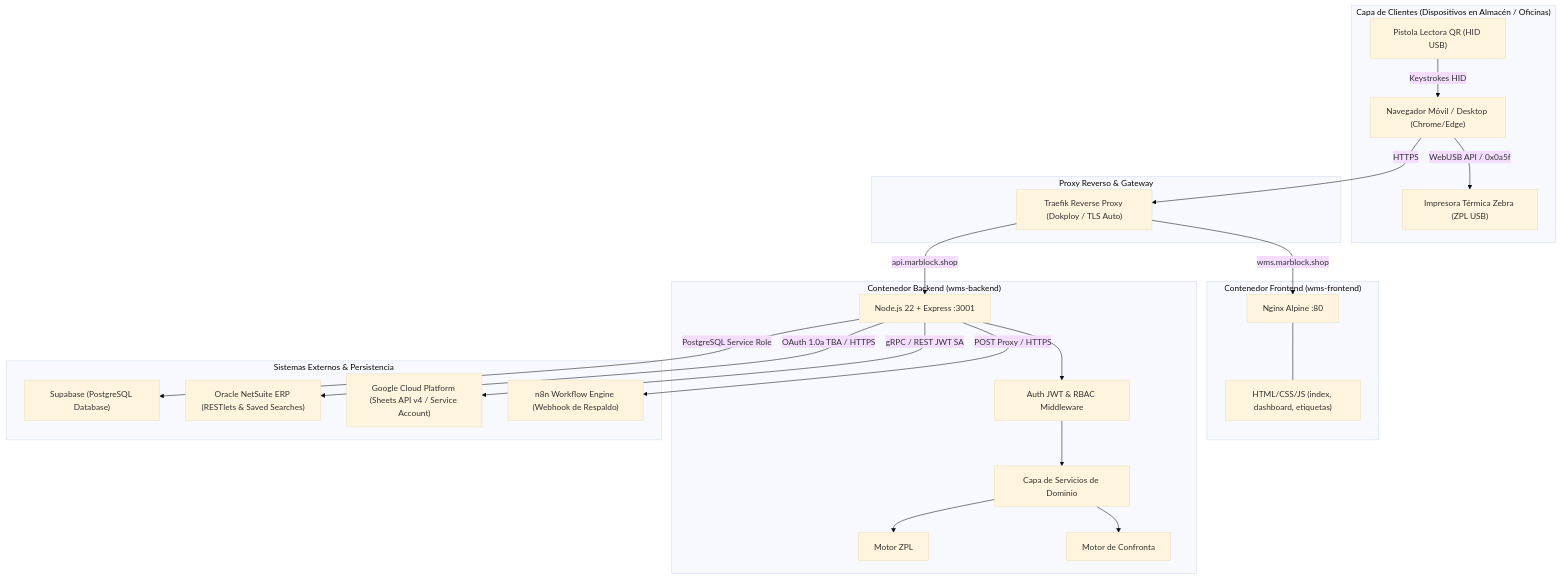
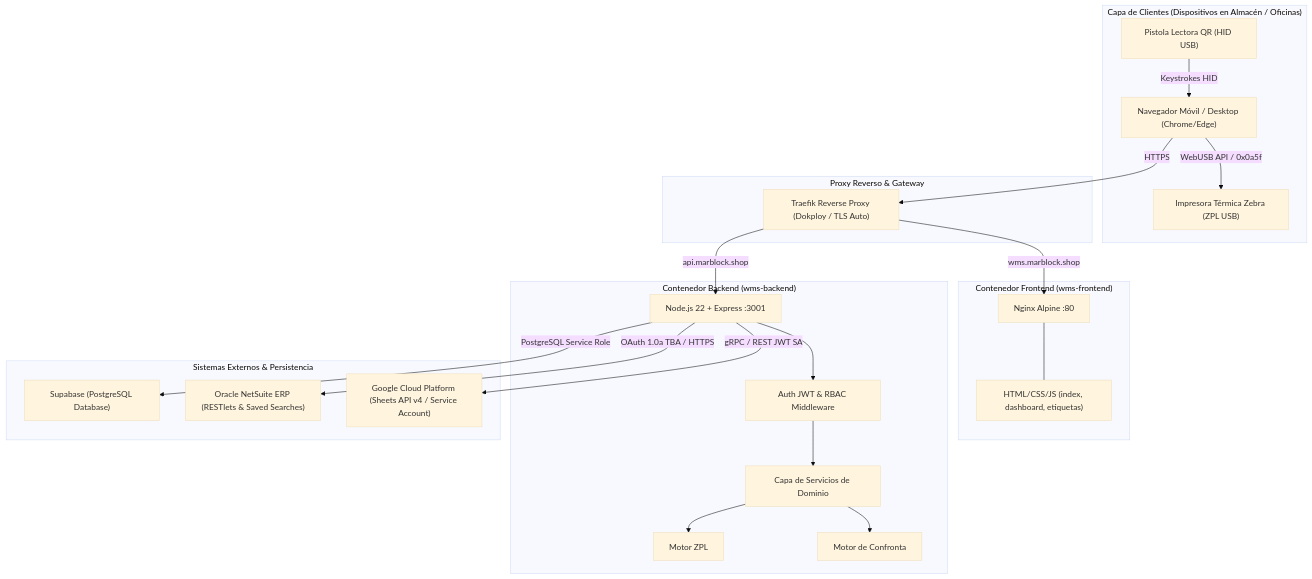
The first of 4 diagrams in DOCUMENTATION.md (AuxSistemasMarblock/WMS), drawn with Mermaid (base theme) before and after one commit. The commit also changed other lines of this file and 7 other files, not shown here.

````diff
--- a/DOCUMENTATION.md
+++ b/DOCUMENTATION.md
@@ -112,48 +112,46 @@
 ```mermaid
 graph TB
     subgraph Clientes ["Capa de Clientes (Dispositivos en Almacén / Oficinas)"]
         ScannerGun["Pistola Lectora QR (HID USB)"]
         Operador["Navegador Móvil / Desktop (Chrome/Edge)"]
         ZebraPrinter["Impresora Térmica Zebra (ZPL USB)"]
     end
 
     subgraph Edge ["Proxy Reverso & Gateway"]
         Traefik["Traefik Reverse Proxy (Dokploy / TLS Auto)"]
     end
 
     subgraph FrontendApp ["Contenedor Frontend (wms-frontend)"]
         Nginx["Nginx Alpine :80"]
         StaticFiles["HTML/CSS/JS (index, dashboard, etiquetas)"]
     end
 
     subgraph BackendApp ["Contenedor Backend (wms-backend)"]
         NodeServer["Node.js 22 + Express :3001"]
         Middlewares["Auth JWT & RBAC Middleware"]
         Services["Capa de Servicios de Dominio"]
         ZPLEngine["Motor ZPL"]
         ConfrontaEngine["Motor de Confronta"]
     end
 
     subgraph ExternalServices ["Sistemas Externos & Persistencia"]
         Supabase["Supabase (PostgreSQL Database)"]
         NetSuite["Oracle NetSuite ERP (RESTlets & Saved Searches)"]
         GoogleCloud["Google Cloud Platform (Sheets API v4 / Service Account)"]
-        N8N["n8n Workflow Engine (Webhook de Respaldo)"]
     end
 
     ScannerGun -->|Keystrokes HID| Operador
     Operador -->|HTTPS| Traefik
     Traefik -->|wms.marblock.shop| Nginx
     Traefik -->|api.marblock.shop| NodeServer
     Nginx --- StaticFiles
     NodeServer --> Middlewares
     Middlewares --> Services
     Services --> ZPLEngine
     Services --> ConfrontaEngine
 
     NodeServer -->|PostgreSQL Service Role| Supabase
     NodeServer -->|OAuth 1.0a TBA / HTTPS| NetSuite
     NodeServer -->|gRPC / REST JWT SA| GoogleCloud
-    NodeServer -->|POST Proxy / HTTPS| N8N
     Operador -->|WebUSB API / 0x0a5f| ZebraPrinter
 ```
````
